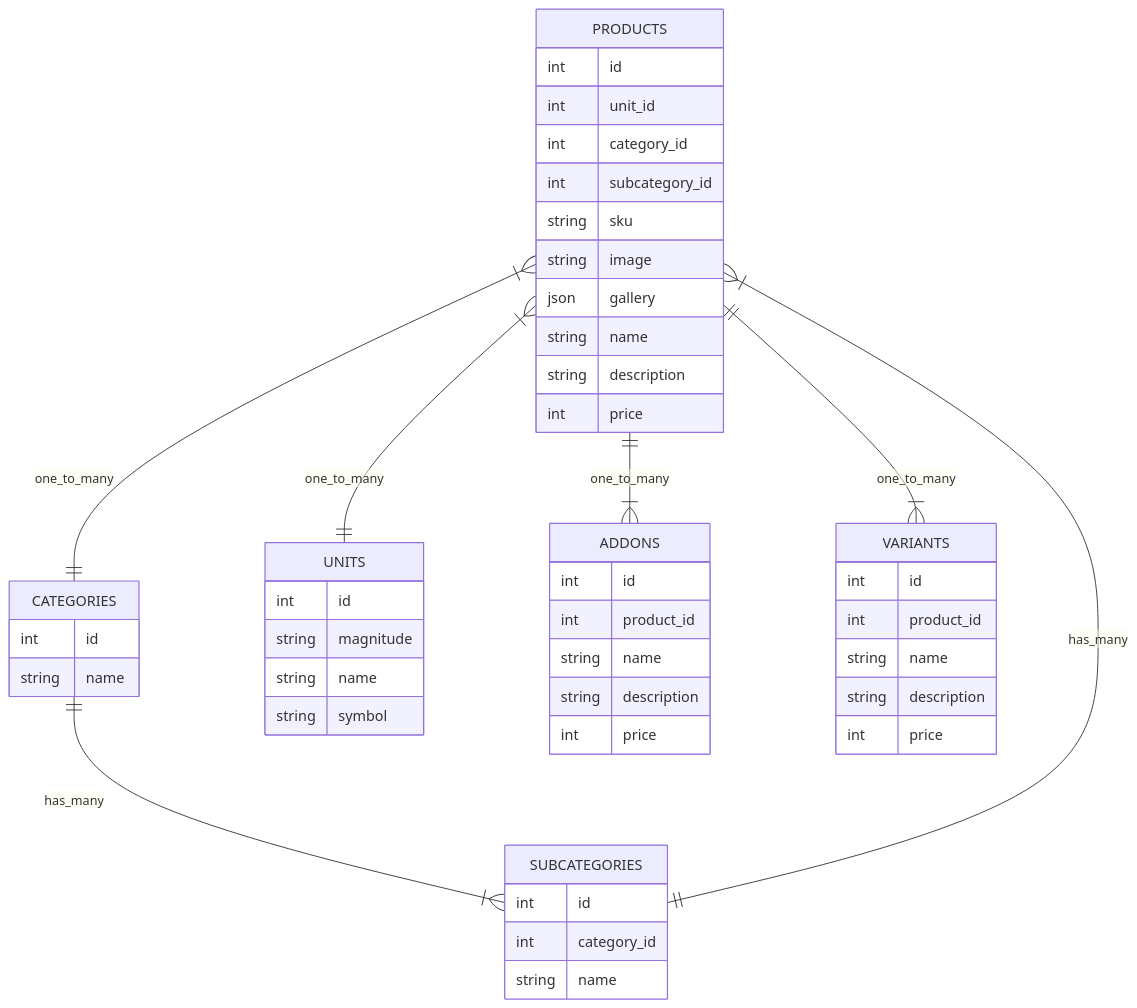
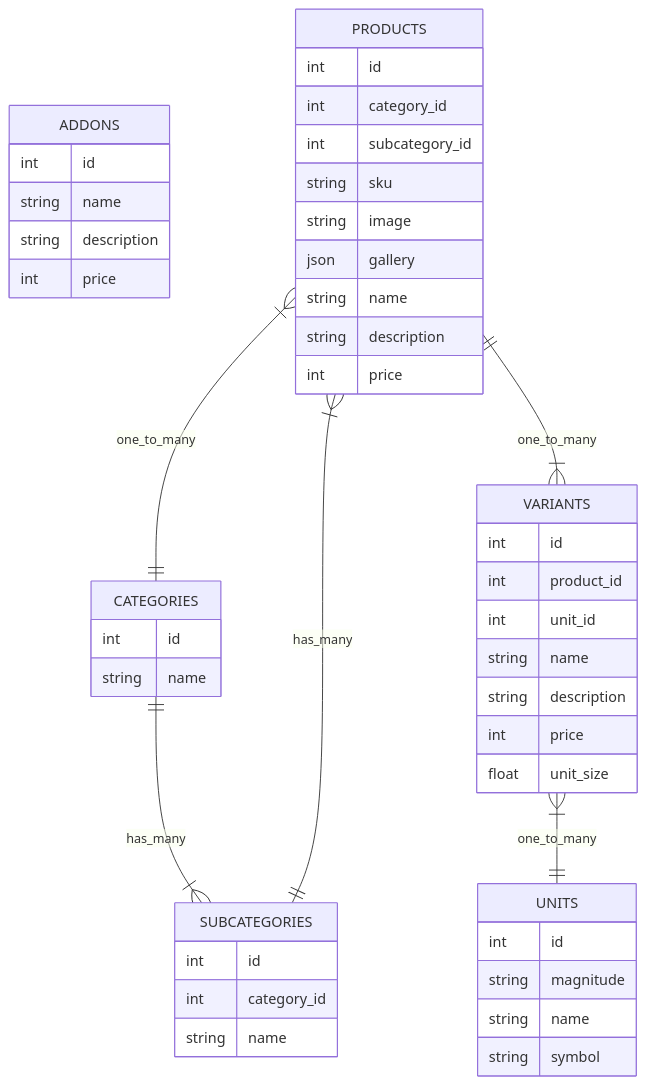
Before and after one commit to aasumitro/posbe: the diagram in internal/catalog/ENTITY_DIAGRAM.md, drawn with Mermaid. The commit also changed 23 other files, not shown here.

````diff
--- a/internal/catalog/ENTITY_DIAGRAM.md
+++ b/internal/catalog/ENTITY_DIAGRAM.md
@@ -3,56 +3,55 @@
 ```mermaid
 erDiagram
     CATEGORIES {
         int id
         string name
     }
     
     SUBCATEGORIES {
         int id
         int category_id
         string name
     }
     
     UNITS { 
         int id
         string magnitude
         string name
         string symbol
     }
     
     ADDONS {
         int id
-        int product_id
         string name
         string description 
         int price
     }
     
     VARIANTS {
         int id
         int product_id
+        int unit_id
         string name
         string description 
         int price
+        float unit_size
     }
     
     PRODUCTS {
         int id  
-        int unit_id
         int category_id
         int subcategory_id
         string sku
         string image
         json gallery
         string name
         string description
         int price
     }
  
     CATEGORIES ||--|{ SUBCATEGORIES: has_many
     PRODUCTS }|--|| SUBCATEGORIES: has_many
-    PRODUCTS ||--|{ ADDONS: one_to_many
     PRODUCTS ||--|{ VARIANTS: one_to_many
-    PRODUCTS }|--|| UNITS : one_to_many
+    VARIANTS }|--|| UNITS : one_to_many
     PRODUCTS }|--|| CATEGORIES : one_to_many
 ```
````
